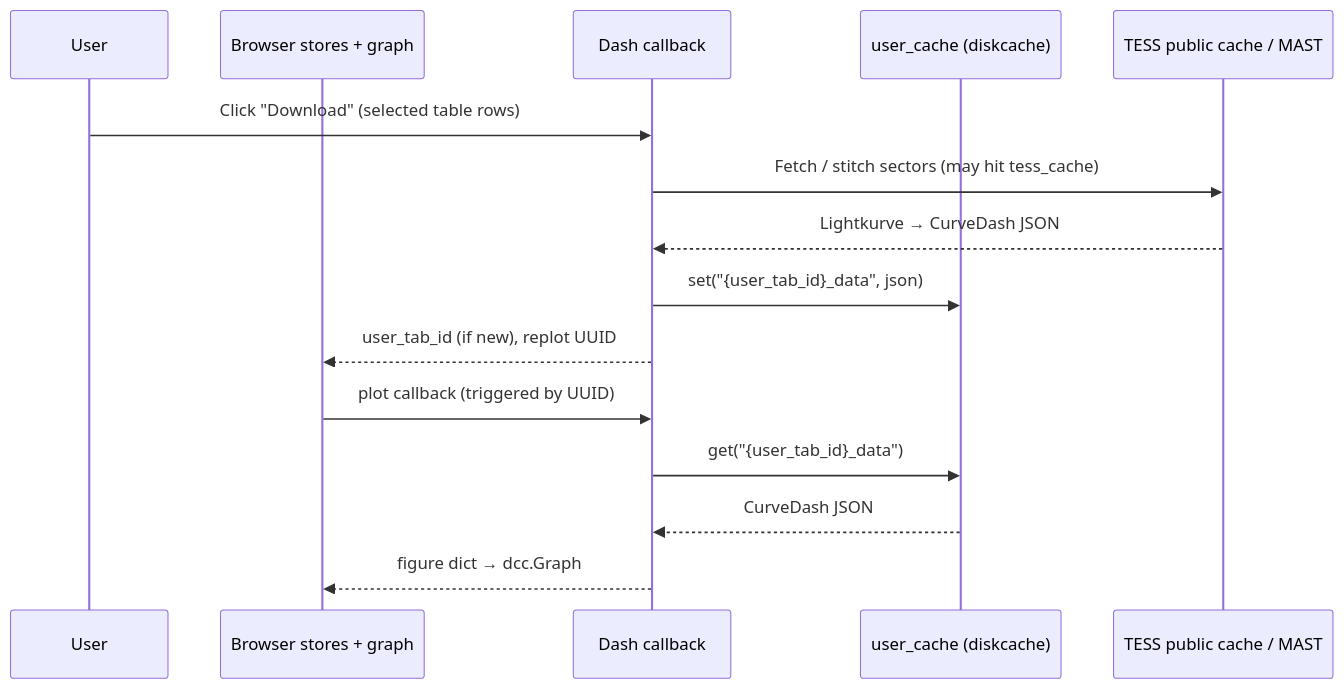
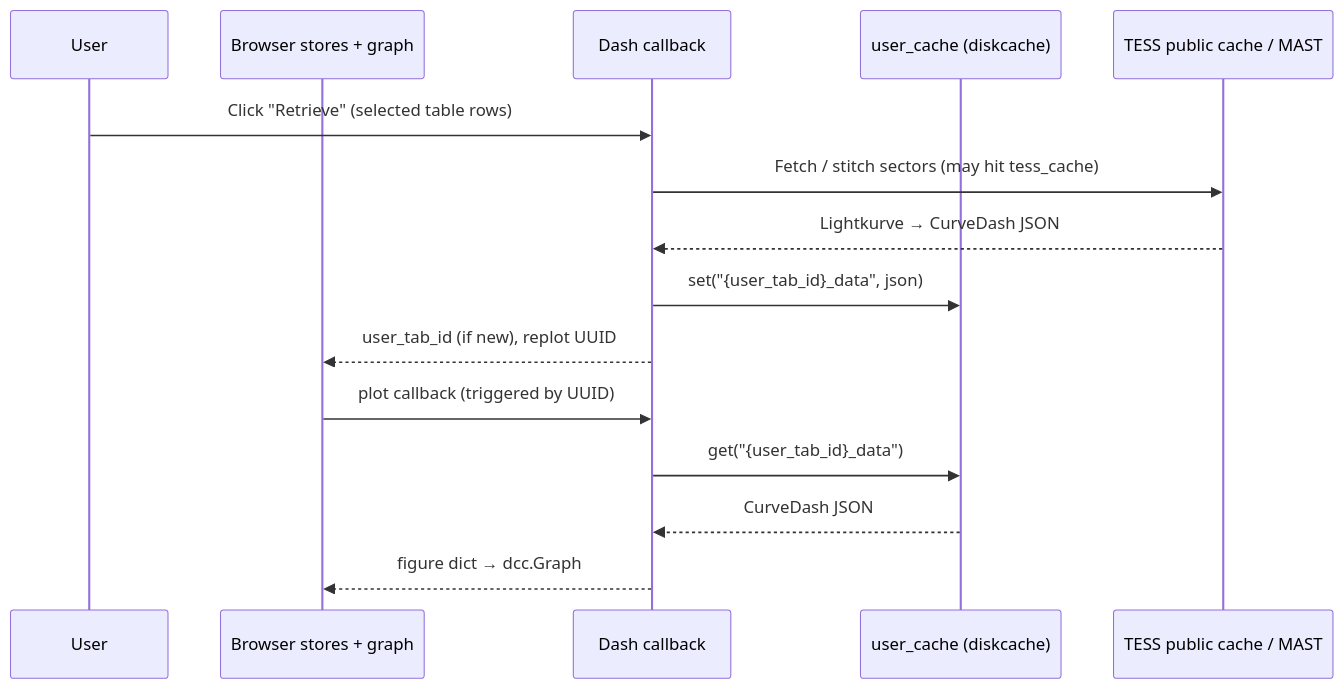
The first of 3 diagrams in docs/caching_architecture.md (olgavoz1971/skvo_veb_2), drawn with Mermaid before and after one commit. The commit also changed other lines of this file and 62 other files, not shown here.

````diff
--- a/docs/caching_architecture.md
+++ b/docs/caching_architecture.md
@@ -143,18 +143,18 @@
 ```mermaid
 sequenceDiagram
     participant User
     participant Browser as Browser stores + graph
     participant Dash as Dash callback
     participant Cache as user_cache (diskcache)
     participant MAST as TESS public cache / MAST
 
-    User->>Dash: Click "Download" (selected table rows)
+    User->>Dash: Click "Retrieve" (selected table rows)
     Dash->>MAST: Fetch / stitch sectors (may hit tess_cache)
     MAST-->>Dash: Lightkurve → CurveDash JSON
     Dash->>Cache: set("{user_tab_id}_data", json)
     Dash-->>Browser: user_tab_id (if new), replot UUID
     Browser->>Dash: plot callback (triggered by UUID)
     Dash->>Cache: get("{user_tab_id}_data")
     Cache-->>Dash: CurveDash JSON
     Dash-->>Browser: figure dict → dcc.Graph
 ```
````
